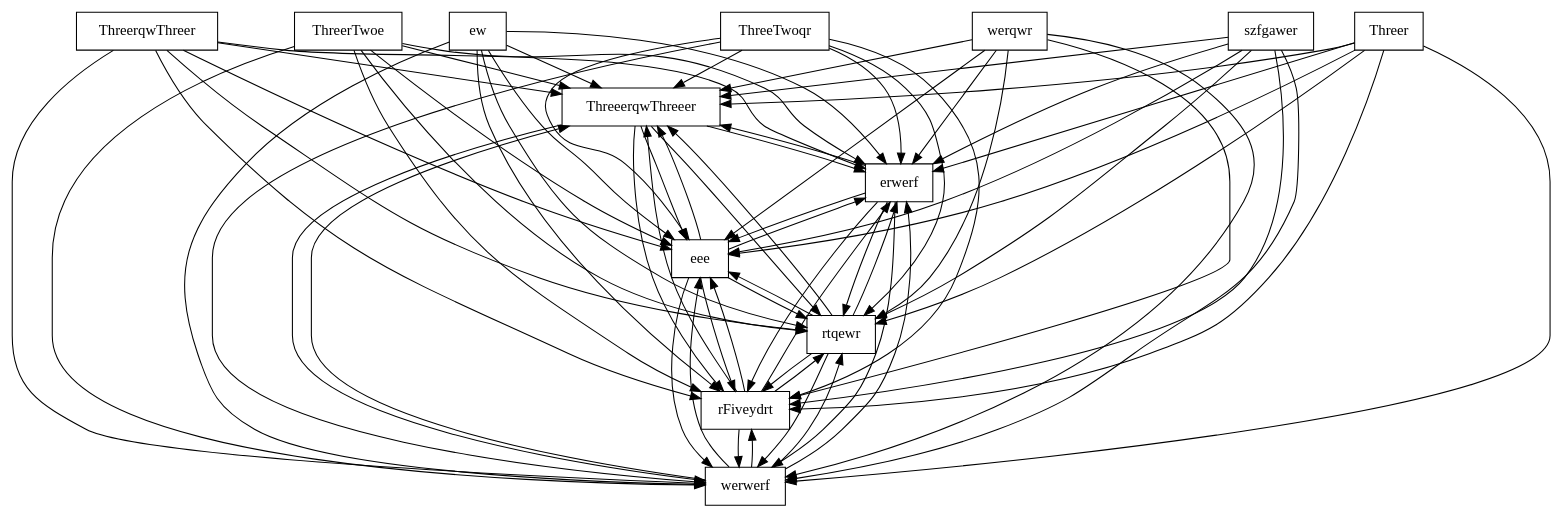
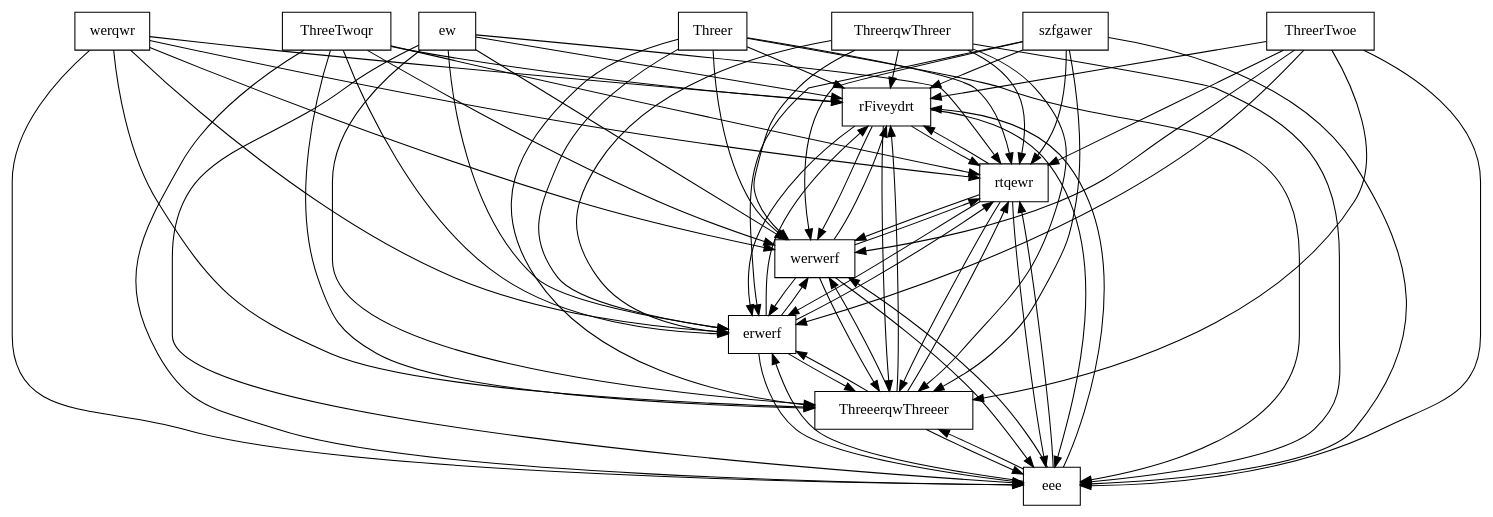
Before and after one commit to FAMILIAR-project/familiar-language: the diagram in FAMILIAR/output/SPLOT-big/fm_116_model_20111129_1932950448.xml.dot, drawn with Graphviz. The commit also changed 110 other files, not shown here.

```diff
--- a/FAMILIAR/output/SPLOT-big/fm_116_model_20111129_1932950448.xml.dot
+++ b/FAMILIAR/output/SPLOT-big/fm_116_model_20111129_1932950448.xml.dot
@@ -1,90 +1,90 @@
 digraph{
 graph [rankdir=TB];
 node [shape=box];
 edge [arrowhead=normal];
 0[label="ew",]
-1[label="ThreeerqwThreeer",]
-2[label="ThreeTwoqr",]
-3[label="erwerf",]
-4[label="werwerf",]
-5[label="ThreerqwThreer",]
-6[label="werqwr",]
-7[label="ThreerTwoe",]
-8[label="Threer",]
-9[label="szfgawer",]
-10[label="rFiveydrt",]
-11[label="rtqewr",]
-12[label="eee",]
-0->1[label="",]
-0->3[label="",]
-0->4[label="",]
+1[label="ThreeTwoqr",]
+2[label="ThreerqwThreer",]
+3[label="werqwr",]
+4[label="Threer",]
+5[label="szfgawer",]
+6[label="rFiveydrt",]
+7[label="rtqewr",]
+8[label="eee",]
+9[label="ThreeerqwThreeer",]
+10[label="erwerf",]
+11[label="werwerf",]
+12[label="ThreerTwoe",]
+0->6[label="",]
+0->7[label="",]
+0->8[label="",]
+0->9[label="",]
 0->10[label="",]
 0->11[label="",]
-0->12[label="",]
-1->3[label="",]
-1->4[label="",]
+1->6[label="",]
+1->7[label="",]
+1->8[label="",]
+1->9[label="",]
 1->10[label="",]
 1->11[label="",]
-1->12[label="",]
-2->1[label="",]
-2->3[label="",]
-2->4[label="",]
+2->6[label="",]
+2->7[label="",]
+2->8[label="",]
+2->9[label="",]
 2->10[label="",]
 2->11[label="",]
-2->12[label="",]
-3->1[label="",]
-3->4[label="",]
+3->6[label="",]
+3->7[label="",]
+3->8[label="",]
+3->9[label="",]
 3->10[label="",]
 3->11[label="",]
-3->12[label="",]
-4->1[label="",]
-4->3[label="",]
+4->6[label="",]
+4->7[label="",]
+4->8[label="",]
+4->9[label="",]
 4->10[label="",]
 4->11[label="",]
-4->12[label="",]
-5->1[label="",]
-5->3[label="",]
-5->4[label="",]
+5->6[label="",]
+5->7[label="",]
+5->8[label="",]
+5->9[label="",]
 5->10[label="",]
 5->11[label="",]
-5->12[label="",]
-6->1[label="",]
-6->3[label="",]
-6->4[label="",]
+6->7[label="",]
+6->8[label="",]
+6->9[label="",]
 6->10[label="",]
 6->11[label="",]
-6->12[label="",]
-7->1[label="",]
-7->3[label="",]
-7->4[label="",]
+7->6[label="",]
+7->8[label="",]
+7->9[label="",]
 7->10[label="",]
 7->11[label="",]
-7->12[label="",]
-8->1[label="",]
-8->3[label="",]
-8->4[label="",]
+8->6[label="",]
+8->7[label="",]
+8->9[label="",]
 8->10[label="",]
 8->11[label="",]
-8->12[label="",]
-9->1[label="",]
-9->3[label="",]
-9->4[label="",]
+9->6[label="",]
+9->7[label="",]
+9->8[label="",]
 9->10[label="",]
 9->11[label="",]
-9->12[label="",]
-10->1[label="",]
-10->3[label="",]
-10->4[label="",]
+10->6[label="",]
+10->7[label="",]
+10->8[label="",]
+10->9[label="",]
 10->11[label="",]
-10->12[label="",]
-11->1[label="",]
-11->3[label="",]
-11->4[label="",]
+11->6[label="",]
+11->7[label="",]
+11->8[label="",]
+11->9[label="",]
 11->10[label="",]
-11->12[label="",]
-12->1[label="",]
-12->3[label="",]
-12->4[label="",]
+12->6[label="",]
+12->7[label="",]
+12->8[label="",]
+12->9[label="",]
 12->10[label="",]
 12->11[label="",]
 }
```
